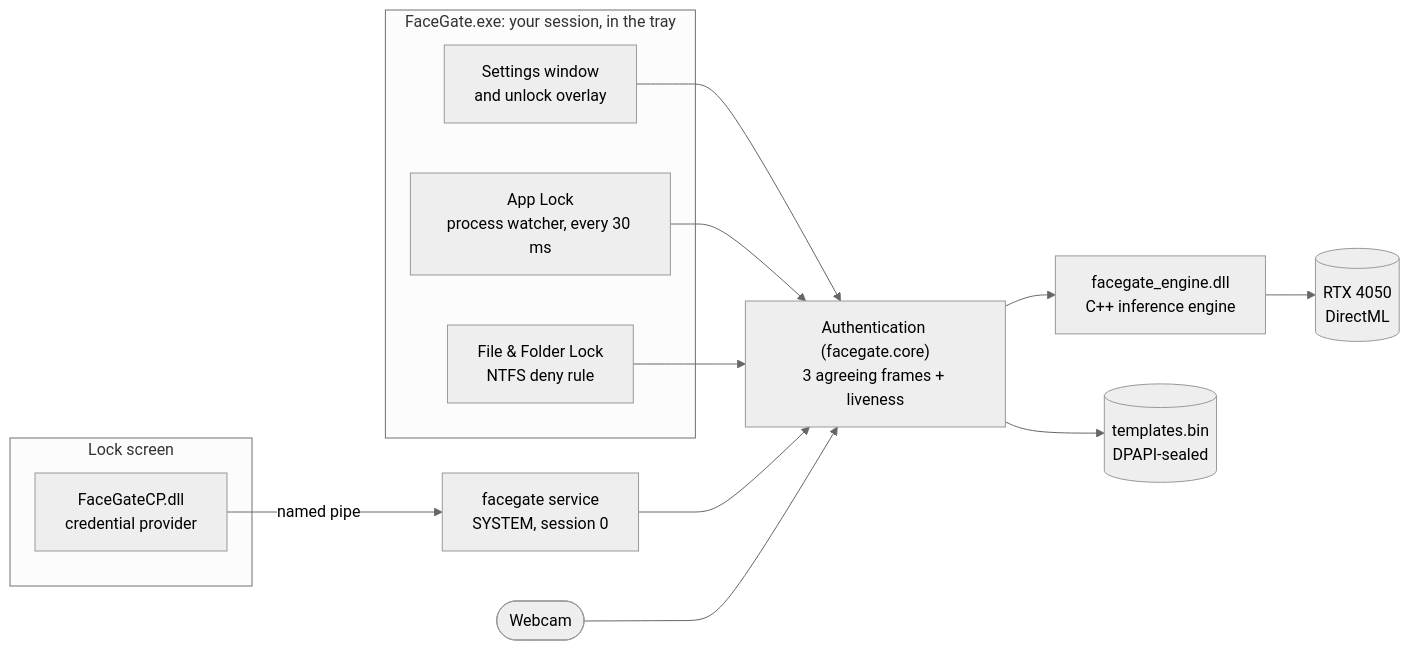
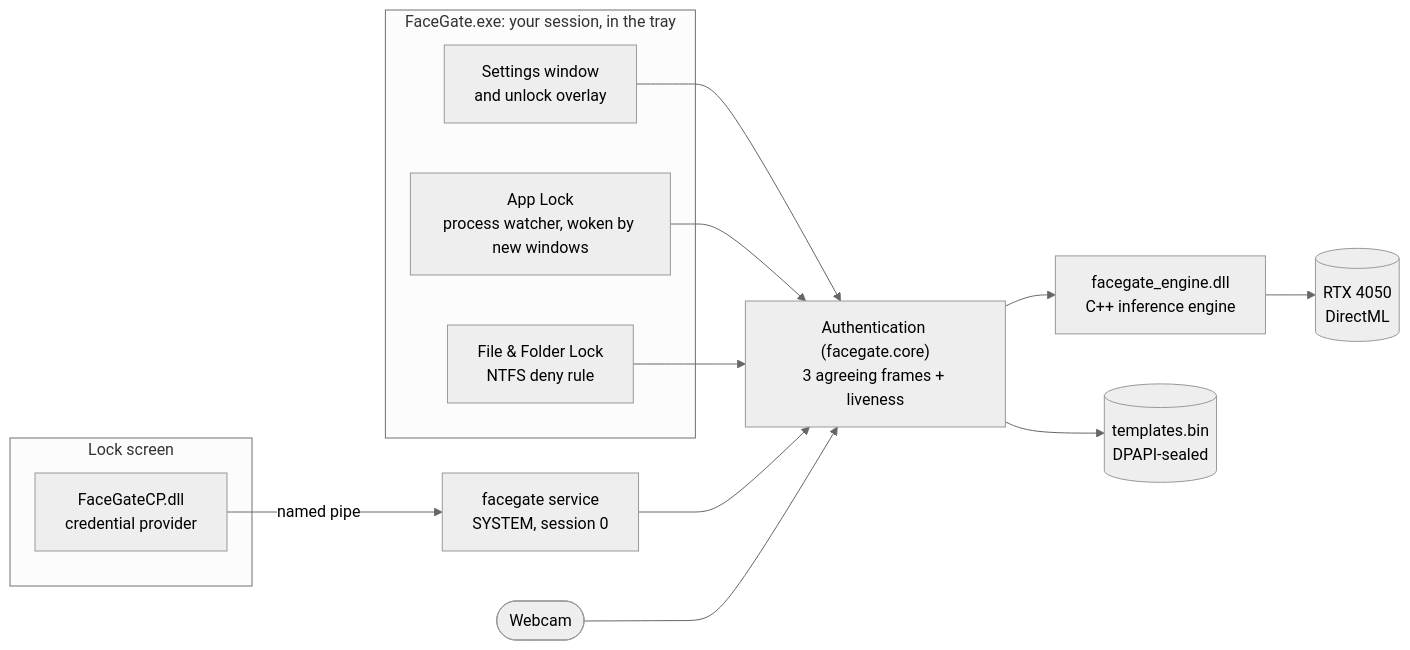
One commit to DeveshR011/facegate changed the first of 9 diagrams in README.md. Above: the diagram before and after it, drawn with Mermaid (neutral theme). The commit also changed other lines of this file and 24 other files, not shown here.

````diff
--- a/README.md
+++ b/README.md
@@ -32,21 +33,21 @@
 ```mermaid
 flowchart LR
     subgraph app["FaceGate.exe: your session, in the tray"]
         UI["Settings window<br/>and unlock overlay"]
-        Guard["App Lock<br/>process watcher, every 30 ms"]
+        Guard["App Lock<br/>process watcher, woken by new windows"]
         Locks["File & Folder Lock<br/>NTFS deny rule"]
     end
     subgraph logon["Lock screen"]
         CP["FaceGateCP.dll<br/>credential provider"]
     end
     CP -->|named pipe| SVC["facegate service<br/>SYSTEM, session 0"]
     UI --> Auth
     Guard --> Auth
     Locks --> Auth
     SVC --> Auth
     Auth["Authentication (facegate.core)<br/>3 agreeing frames + liveness"]
     Cam(["Webcam"]) --> Auth
     Auth --> Engine["facegate_engine.dll<br/>C++ inference engine"]
     Engine --> GPU[("RTX 4050<br/>DirectML")]
     Auth --> Store[("templates.bin<br/>DPAPI-sealed")]
 ```
````
